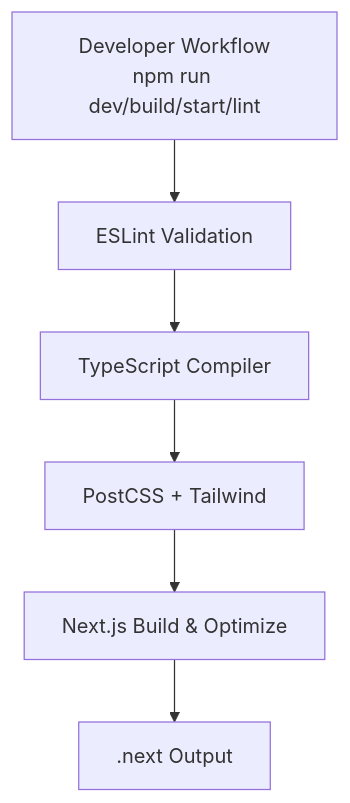
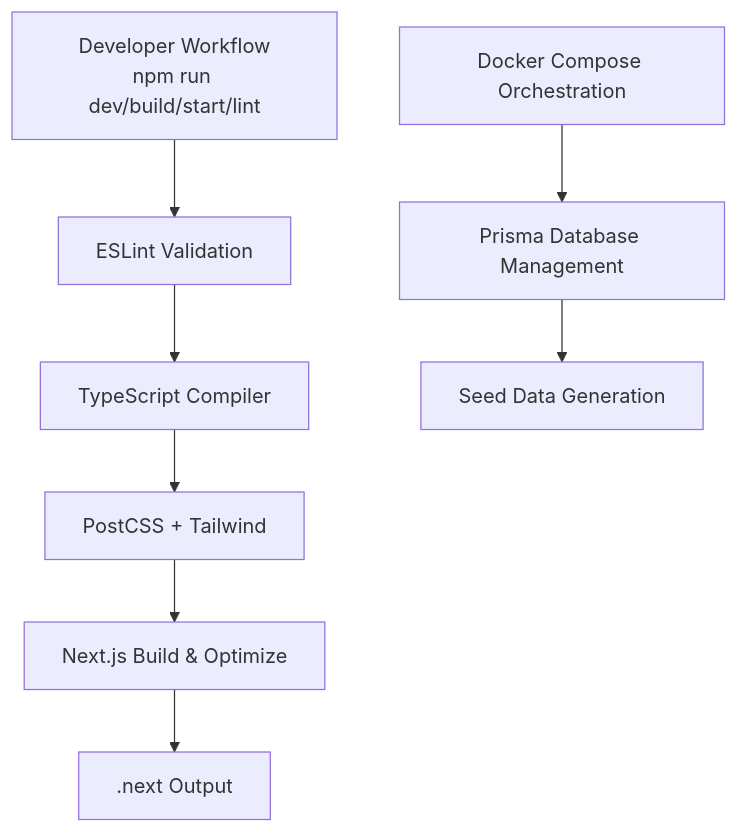
The second of 6 diagrams in .qoder/repowiki/en/content/Build and Deployment.md (Hoshino-wind/ai-interview-platform), drawn with Mermaid before and after one commit. The commit also changed other lines of this file and 5 other files, not shown here.

````diff
--- a/.qoder/repowiki/en/content/Build and Deployment.md
+++ b/.qoder/repowiki/en/content/Build and Deployment.md
@@ -105,14 +144,19 @@
 ```mermaid
 graph TB
 DEV["Developer Workflow<br/>npm run dev/build/start/lint"]
 ESL["ESLint Validation"]
 TSC["TypeScript Compiler"]
 PC["PostCSS + Tailwind"]
 NEXT["Next.js Build & Optimize"]
 OUT[".next Output"]
+DOCKER["Docker Compose Orchestration"]
+PRISMA["Prisma Database Management"]
+SEED["Seed Data Generation"]
 DEV --> ESL
 ESL --> TSC
 TSC --> PC
 PC --> NEXT
 NEXT --> OUT
+DOCKER --> PRISMA
+PRISMA --> SEED
 ```
````
